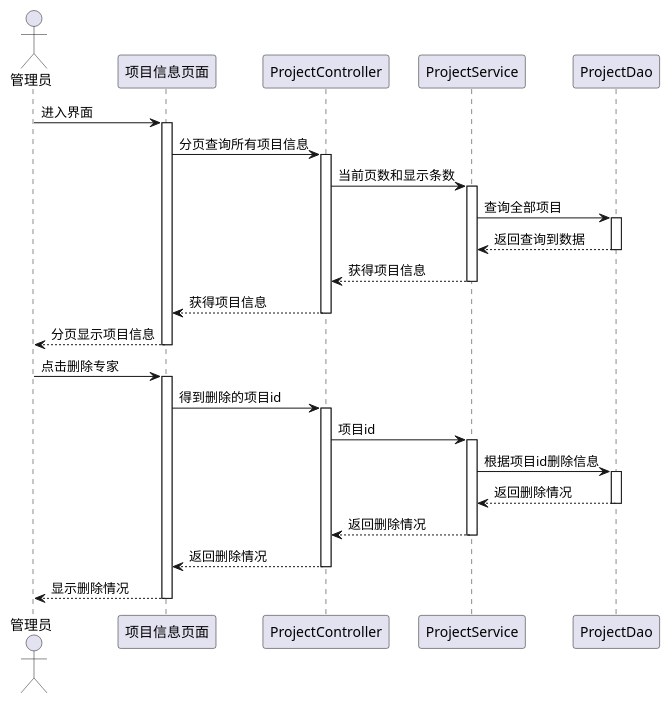
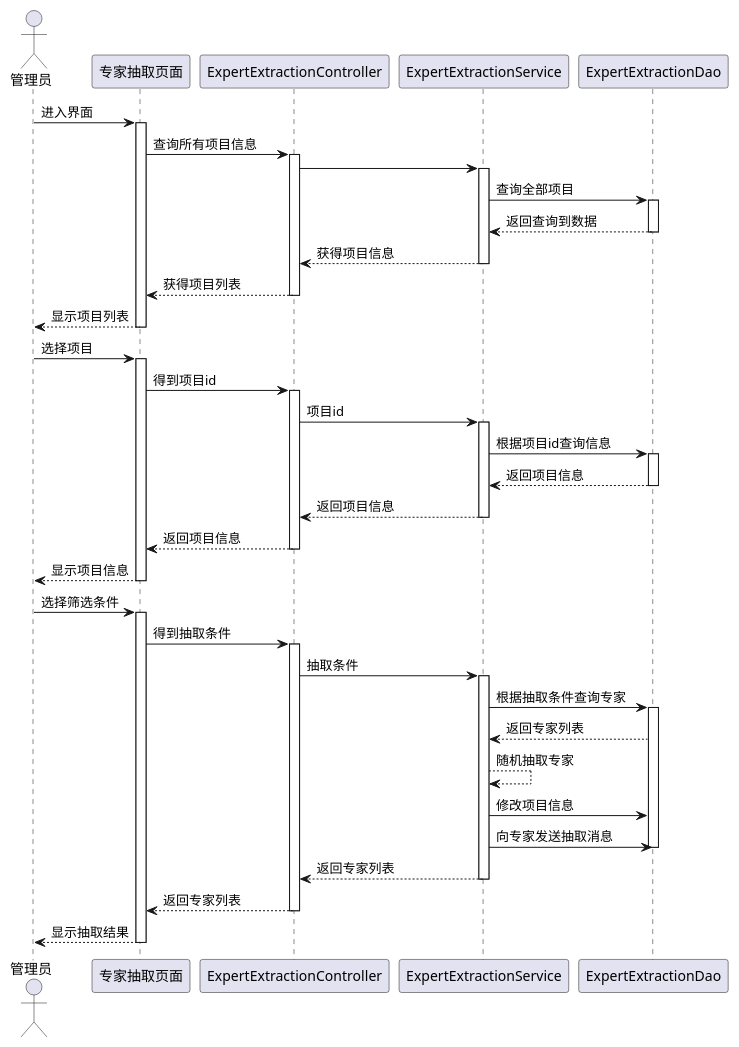
Before and after one commit to jinmingyong/expert_system: the diagram in src/main/java/com/jin/expertsystem/expertsystem/管理员专家抽取.puml, drawn with PlantUML. The commit also changed 13 other files, not shown here.

```diff
--- a/src/main/java/com/jin/expertsystem/expertsystem/管理员专家抽取.puml
+++ b/src/main/java/com/jin/expertsystem/expertsystem/管理员专家抽取.puml
@@ -1,40 +1,60 @@
 @startuml
 actor 管理员
-participant 项目信息页面
-participant ProjectController
-participant ProjectService
-participant ProjectDao
-管理员->项目信息页面:进入界面
-activate 项目信息页面
-项目信息页面->ProjectController:分页查询所有项目信息
-activate ProjectController
-ProjectController->ProjectService:当前页数和显示条数
-activate ProjectService
-ProjectService->ProjectDao:查询全部项目
-activate ProjectDao
-ProjectDao-->ProjectService:返回查询到数据
-deactivate ProjectDao
-ProjectService-->ProjectController:获得项目信息
-deactivate ProjectService
-ProjectController-->项目信息页面:获得项目信息
-deactivate ProjectController
-项目信息页面-->管理员:分页显示项目信息
-deactivate 项目信息页面
+participant 专家抽取页面
+participant ExpertExtractionController
+participant ExpertExtractionService
+participant ExpertExtractionDao
+管理员->专家抽取页面:进入界面
+activate 专家抽取页面
+专家抽取页面->ExpertExtractionController:查询所有项目信息
+activate ExpertExtractionController
+ExpertExtractionController->ExpertExtractionService:
+activate ExpertExtractionService
+ExpertExtractionService->ExpertExtractionDao:查询全部项目
+activate ExpertExtractionDao
+ExpertExtractionDao-->ExpertExtractionService:返回查询到数据
+deactivate ExpertExtractionDao
+ExpertExtractionService-->ExpertExtractionController:获得项目信息
+deactivate ExpertExtractionService
+ExpertExtractionController-->专家抽取页面:获得项目列表
+deactivate ExpertExtractionController
+专家抽取页面-->管理员:显示项目列表
+deactivate 专家抽取页面
 
-管理员->项目信息页面:点击删除专家
-activate 项目信息页面
-项目信息页面->ProjectController:得到删除的项目id
-activate ProjectController
-ProjectController->ProjectService:项目id
-activate ProjectService
-ProjectService->ProjectDao:根据项目id删除信息
-activate ProjectDao
-ProjectDao-->ProjectService:返回删除情况
-deactivate ProjectDao
-ProjectService-->ProjectController:返回删除情况
-deactivate ProjectService
-ProjectController-->项目信息页面:返回删除情况
-deactivate ProjectController
-项目信息页面-->管理员:显示删除情况
-deactivate 项目信息页面
+管理员->专家抽取页面:选择项目
+activate 专家抽取页面
+专家抽取页面->ExpertExtractionController:得到项目id
+activate ExpertExtractionController
+ExpertExtractionController->ExpertExtractionService:项目id
+activate ExpertExtractionService
+ExpertExtractionService->ExpertExtractionDao:根据项目id查询信息
+activate ExpertExtractionDao
+ExpertExtractionDao-->ExpertExtractionService:返回项目信息
+deactivate ExpertExtractionDao
+ExpertExtractionService-->ExpertExtractionController:返回项目信息
+deactivate ExpertExtractionService
+ExpertExtractionController-->专家抽取页面:返回项目信息
+deactivate ExpertExtractionController
+专家抽取页面-->管理员:显示项目信息
+deactivate 专家抽取页面
+
+管理员->专家抽取页面:选择筛选条件
+activate 专家抽取页面
+专家抽取页面->ExpertExtractionController:得到抽取条件
+activate ExpertExtractionController
+ExpertExtractionController->ExpertExtractionService:抽取条件
+activate ExpertExtractionService
+ExpertExtractionService->ExpertExtractionDao:根据抽取条件查询专家
+activate ExpertExtractionDao
+ExpertExtractionDao-->ExpertExtractionService:返回专家列表
+ExpertExtractionService-->ExpertExtractionService:随机抽取专家
+ExpertExtractionService->ExpertExtractionDao:修改项目信息
+ExpertExtractionService->ExpertExtractionDao:向专家发送抽取消息
+deactivate ExpertExtractionDao
+ExpertExtractionService-->ExpertExtractionController:返回专家列表
+deactivate ExpertExtractionService
+ExpertExtractionController-->专家抽取页面:返回专家列表
+deactivate ExpertExtractionController
+专家抽取页面-->管理员:显示抽取结果
+deactivate 专家抽取页面
 @enduml
```
